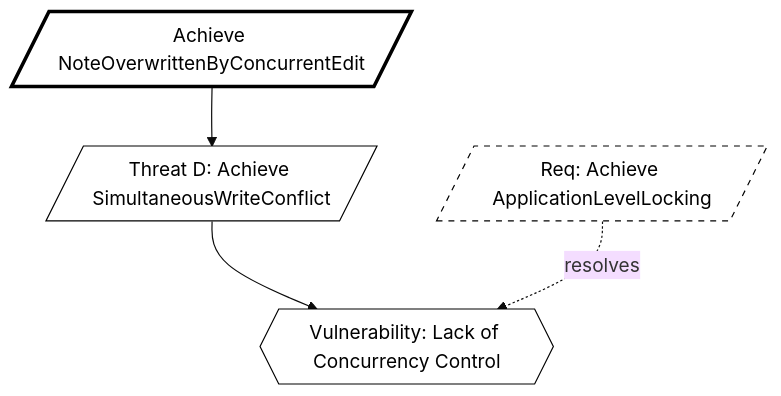
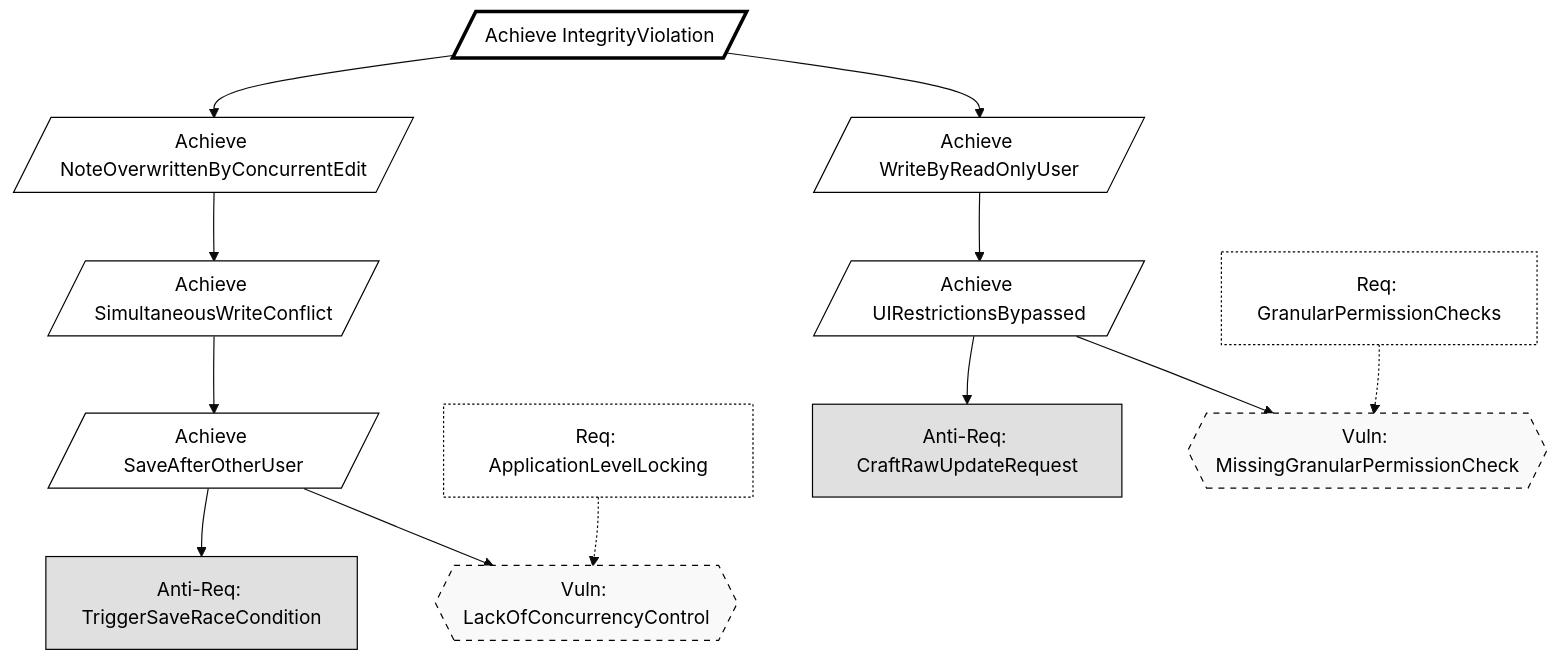
The second of 3 diagrams in KAOS.md (StefanB07/Secure-Notes-App), drawn with Mermaid (base theme) before and after one commit.

Commit message:
Modified Integrity diagram

````diff
--- a/KAOS.md
+++ b/KAOS.md
@@ -232,26 +232,61 @@
 ```mermaid
 graph TD
-%% --- STYLING (Black & White KAOS Style) ---
-classDef default fill:#fff,stroke:#000,stroke-width:1px,color:#000;
-classDef boldBorder fill:#fff,stroke:#000,stroke-width:3px,color:#000;
-classDef dashed fill:#fff,stroke:#000,stroke-width:1px,stroke-dasharray: 5 5,color:#000;
+%% --- STYLING ---
+    classDef root fill:#fff,stroke:#000,stroke-width:3px,color:#000;
+    classDef goal fill:#fff,stroke:#000,stroke-width:1px,color:#000;
+    classDef milestone fill:#fff,stroke:#000,stroke-width:2px,stroke-dasharray: 5 5,color:#000;
+    classDef antiReq fill:#e0e0e0,stroke:#000,stroke-width:1px,color:#000;
+    classDef vuln fill:#f9f9f9,stroke:#000,stroke-width:1px,stroke-dasharray: 5 5,color:#000;
+    classDef cm fill:#fff,stroke:#000,stroke-width:1px,stroke-dasharray: 2 2,color:#000;
 
-    %% --- ROOT ANTI-GOAL ---
-    AG_Root[/Achieve NoteOverwrittenByConcurrentEdit/]:::boldBorder
+%% ==========================================
+%% STRATEGIC ROOTS
+%% ==========================================
+    AG_Root[/Achieve IntegrityViolation/]:::root
 
-    %% --- THREATS ---
-    AG_Conflict[/Threat D: Achieve SimultaneousWriteConflict/]
+%% ==========================================
+%% BRANCH 1: CONCURRENCY (Race Conditions)
+%% ==========================================
+    AG_Overwrite[/Achieve NoteOverwrittenByConcurrentEdit/]:::goal
+    AG_Root --> AG_Overwrite
 
-    %% Connect Root to Threat
-    AG_Root --> AG_Conflict
+%% Refinement
+    AG_Simul[/Achieve SimultaneousWriteConflict/]:::goal
+    AG_Overwrite --> AG_Simul
 
-    %% --- VULNERABILITIES ---
-    Vuln_Lock{{Vulnerability: Lack of Concurrency Control}}
+%% Specific Scenario: The Race Condition
+    AG_Race[/Achieve SaveAfterOtherUser/]:::goal
+    AG_Simul --> AG_Race
 
-    AG_Conflict --> Vuln_Lock
+%% Leaf Nodes (Vulnerability + Attacker Action)
+    AR_Save[Anti-Req: TriggerSaveRaceCondition]:::antiReq
+    Vuln_Lock{{Vuln: LackOfConcurrencyControl}}:::vuln
 
-    %% --- COUNTERMEASURES ---
-    CM_Lock[/Req: Achieve ApplicationLevelLocking/]:::dashed
+    AG_Race --> AR_Save
+    AG_Race --> Vuln_Lock
 
-    CM_Lock -. resolves .-> Vuln_Lock
+%% Countermeasure
+    CM_Lock[Req: ApplicationLevelLocking]:::cm
+    CM_Lock -.-> Vuln_Lock
+
+%% ==========================================
+%% BRANCH 2: AUTHORIZATION BYPASS (Privilege Escalation)
+%% ==========================================
+    AG_Authz[/Achieve WriteByReadOnlyUser/]:::goal
+    AG_Root --> AG_Authz
+
+%% Refinement: Bypassing the UI
+    AG_BypassUI[/Achieve UIRestrictionsBypassed/]:::goal
+    AG_Authz --> AG_BypassUI
+
+%% Leaf Nodes
+    AR_Craft[Anti-Req: CraftRawUpdateRequest]:::antiReq
+    Vuln_Perm{{Vuln: MissingGranularPermissionCheck}}:::vuln
+
+    AG_BypassUI --> AR_Craft
+    AG_BypassUI --> Vuln_Perm
+
+%% Countermeasure
+    CM_RBAC[Req: GranularPermissionChecks]:::cm
+    CM_RBAC -.-> Vuln_Perm
 ```
````
